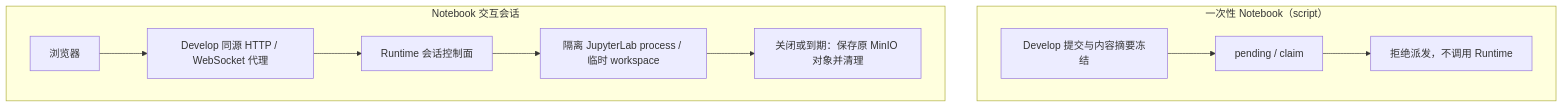
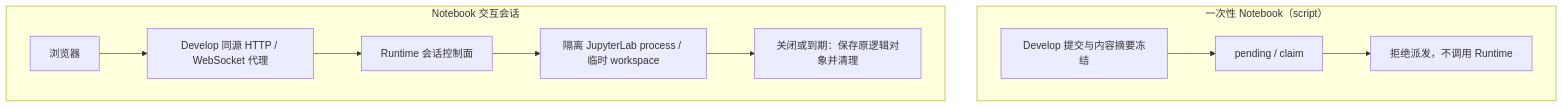
Before and after one commit to pampa0629/addp: the diagram in engines/jupyter/README.md, drawn with Mermaid. The commit also changed other lines of this file and 80 other files, not shown here.

````diff
--- a/engines/jupyter/README.md
+++ b/engines/jupyter/README.md
@@ -9,13 +9,13 @@
 ```mermaid
 flowchart TD
     subgraph queued["一次性 Notebook（script）"]
         Submit["Develop 提交与内容摘要冻结"] --> Queue["pending / claim"]
         Queue --> Deny["拒绝派发，不调用 Runtime"]
     end
     subgraph interactive["Notebook 交互会话"]
         Browser["浏览器"] --> Proxy["Develop 同源 HTTP / WebSocket 代理"]
         Proxy --> Control["Runtime 会话控制面"]
         Control --> Lab["隔离 JupyterLab process / 临时 workspace"]
-        Lab --> Save["关闭或到期：保存原 MinIO 对象并清理"]
+        Lab --> Save["关闭或到期：保存原逻辑对象并清理"]
     end
 ```
````
